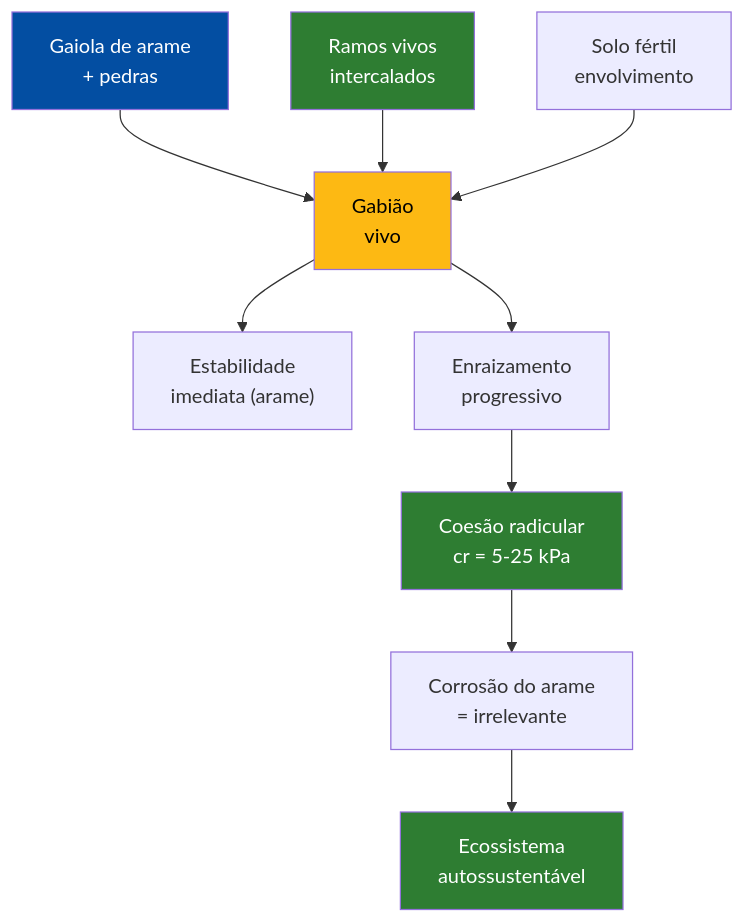
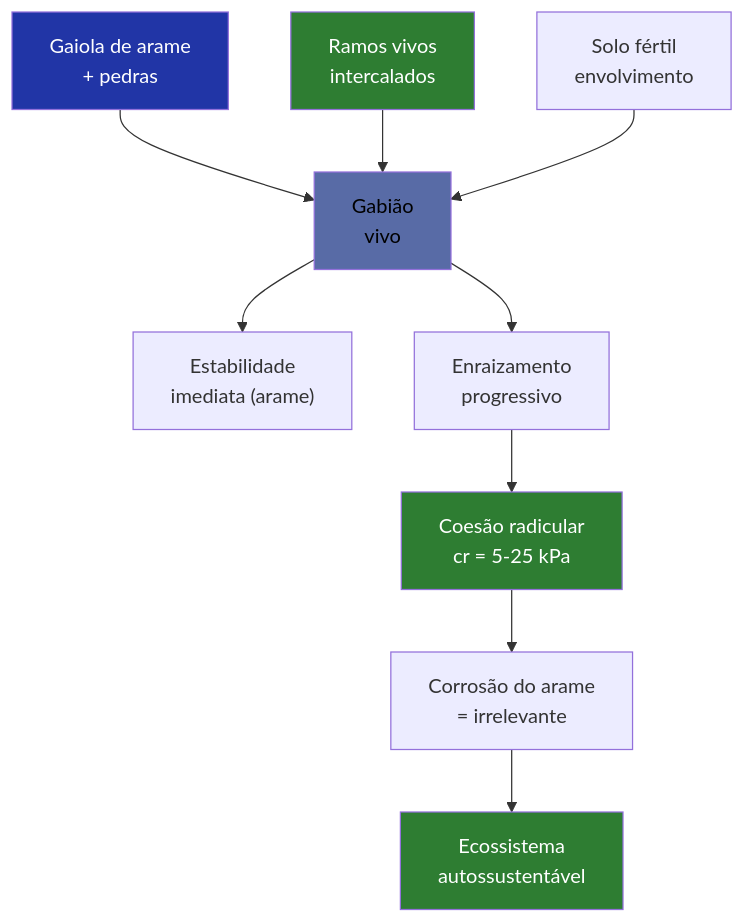
The sixth of 6 diagrams in aulas/bioengenharia_de_solos/aulas/gabiao_vivo/gabiao_vivo.qmd (ldvsantos/cv), drawn with Mermaid before and after one commit. The commit also changed other lines of this file and 466 other files, not shown here.

````diff
--- a/aulas/bioengenharia_de_solos/aulas/gabiao_vivo/gabiao_vivo.qmd
+++ b/aulas/bioengenharia_de_solos/aulas/gabiao_vivo/gabiao_vivo.qmd
@@ -558,17 +556,17 @@
 ```{mermaid}
 %%| fig-width: 5
 graph TD
     A["Gaiola de arame<br>+ pedras"] --> E["Gabião<br>vivo"]
     B["Ramos vivos<br>intercalados"] --> E
     C["Solo fértil<br>envolvimento"] --> E
     E --> F["Estabilidade<br>imediata (arame)"]
     E --> G["Enraizamento<br>progressivo"]
     G --> H["Coesão radicular<br>cr = 5-25 kPa"]
     H --> I["Corrosão do arame<br>= irrelevante"]
     I --> J["Ecossistema<br>autossustentável"]
-    style A fill:#034EA2,color:#fff
+    style A fill:#2135A6,color:#fff
     style B fill:#2E7D32,color:#fff
-    style E fill:#FDB913,color:#000
+    style E fill:#586BA6,color:#000
     style H fill:#2E7D32,color:#fff
     style J fill:#2E7D32,color:#fff
 ```
````
